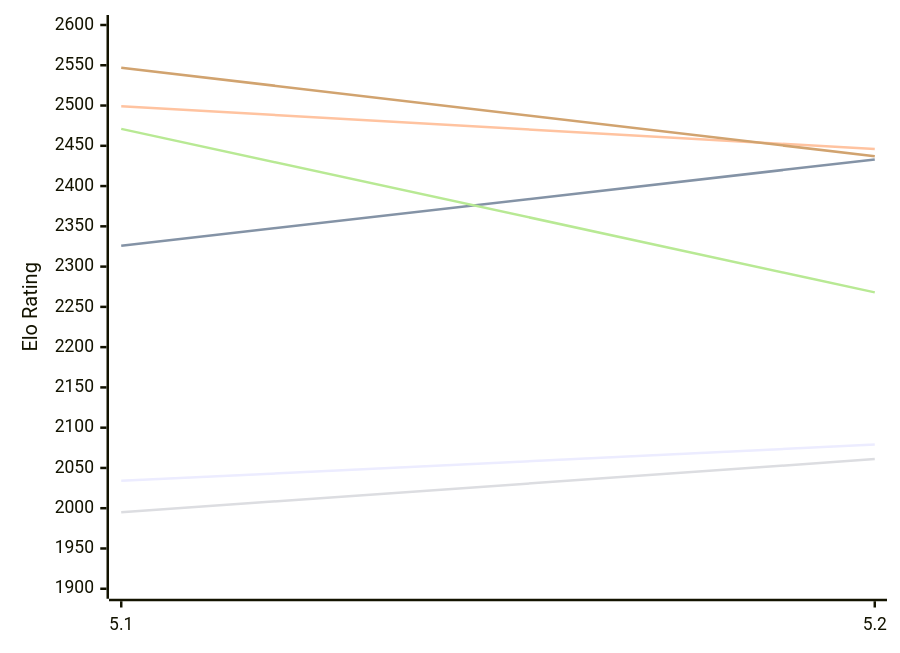
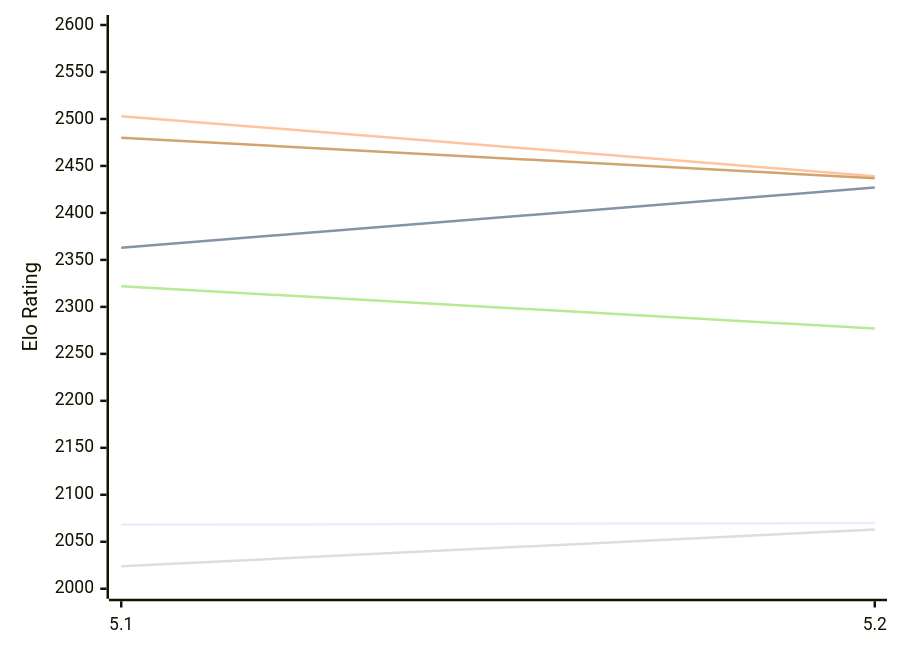
The first of 2 diagrams in engines/Prophet.md (computer-chess-index/cci), drawn with Mermaid before and after one commit. The commit also changed other lines of this file, not shown here.

Commit message:
Update CCI Ratings (ELO VLTC) - 2026-11-15

````diff
--- a/engines/Prophet.md
+++ b/engines/Prophet.md
@@ -50,12 +50,12 @@
 ```mermaid
 %%{init: {"theme":"base","themeVariables":{"seriesColors:['#a3a3a3','#222221','#faa371']}}}%%
 xychart-beta
   x-axis ["5.1", "5.2"]
-  y-axis "Elo Rating" 1900 --> 2600
-  line "E1: STC (8.0+0.08s)" [2034, 2079]
-  line "E1: LTC (60.0+0.60s)" [2326, 2433]
-  line "E1: VLTC (2m24s+1.12s)" [2499, 2446]
-  line "P1: STC (8.0+0.08s)" [1995, 2061]
-  line "P1: LTC (60.0+0.60s)" [2471, 2268]
-  line "P1: VLTC (2m24s+1.12s)" [2547, 2437]
+  y-axis "Elo Rating" 2000 --> 2600
+  line "E1: STC (8.0+0.08s)" [2068, 2070]
+  line "E1: LTC (60.0+0.60s)" [2363, 2427]
+  line "E1: VLTC (2m24s+1.12s)" [2503, 2439]
+  line "P1: STC (8.0+0.08s)" [2024, 2063]
+  line "P1: LTC (60.0+0.60s)" [2322, 2277]
+  line "P1: VLTC (2m24s+1.12s)" [2480, 2437]
 ```
````
